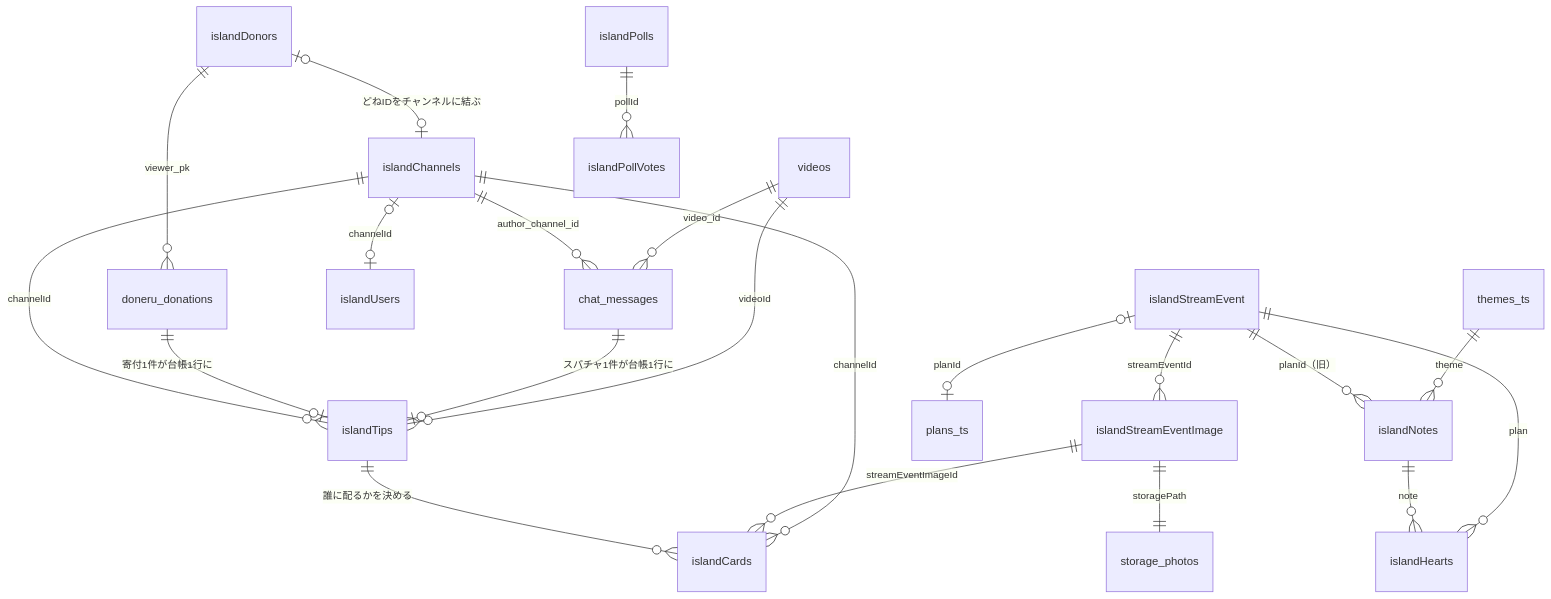
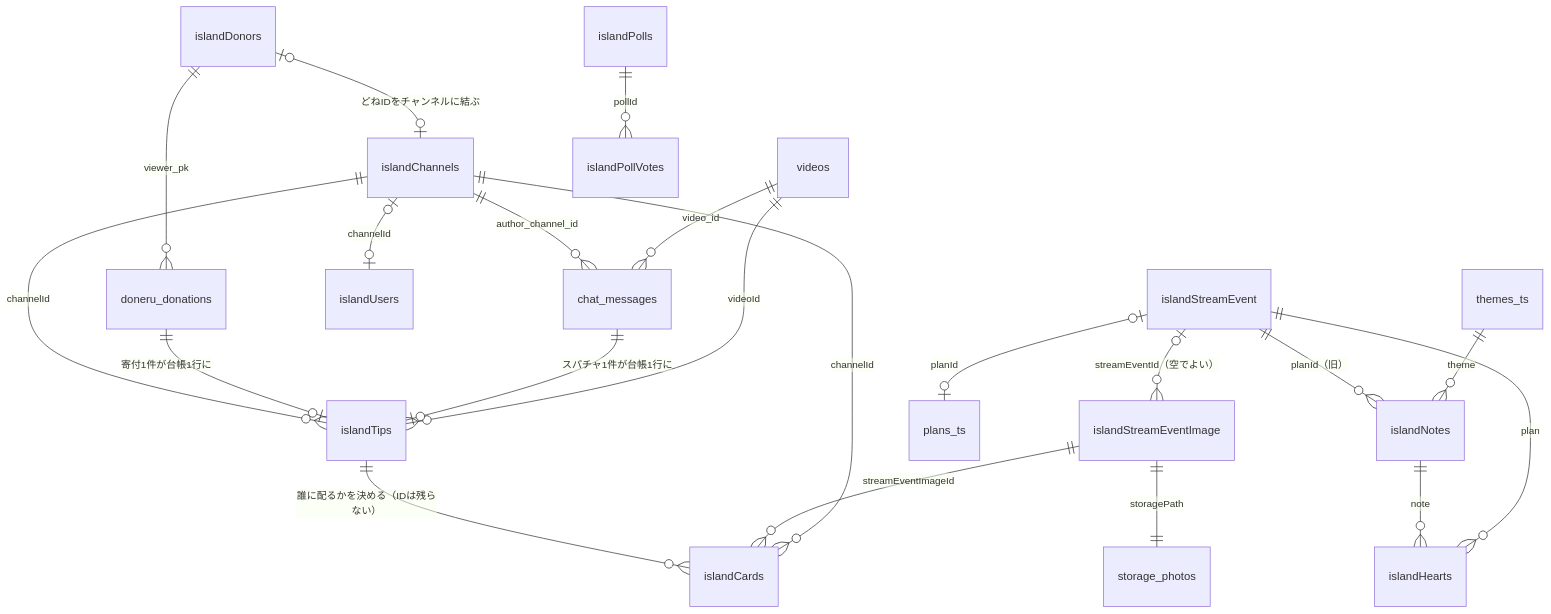
One commit to Ayato-kosaka/live-streaming changed the first of 3 diagrams in docs/island-db.md. Above: the diagram before and after it, drawn with Mermaid. The commit also changed other lines of this file and 4 other files, not shown here.

````diff
--- a/docs/island-db.md
+++ b/docs/island-db.md
@@ -19,27 +19,27 @@
 ```mermaid
 erDiagram
     videos                 ||--o{ chat_messages          : "video_id"
     videos                 ||--o{ islandTips             : "videoId"
     chat_messages          ||--o| islandTips             : "スパチャ1件が台帳1行に"
     doneru_donations       ||--o| islandTips             : "寄付1件が台帳1行に"
 
     islandChannels         ||--o{ chat_messages          : "author_channel_id"
     islandChannels         ||--o{ islandTips             : "channelId"
     islandChannels         ||--o{ islandCards            : "channelId"
     islandChannels         |o--o| islandUsers            : "channelId"
     islandDonors           ||--o{ doneru_donations       : "viewer_pk"
     islandDonors           |o--o| islandChannels         : "どねIDをチャンネルに結ぶ"
 
-    islandStreamEvent      ||--o{ islandStreamEventImage : "streamEventId"
+    islandStreamEvent      |o--o{ islandStreamEventImage : "streamEventId（空でよい）"
     islandStreamEvent      ||--o{ islandHearts           : "plan"
     islandStreamEvent      |o--o| plans_ts               : "planId"
     islandStreamEventImage ||--o{ islandCards            : "streamEventImageId"
-    islandTips             ||--o{ islandCards            : "誰に配るかを決める"
+    islandTips             ||--o{ islandCards            : "誰に配るかを決める（IDは残らない）"
     islandStreamEventImage ||--|| storage_photos         : "storagePath"
 
     themes_ts              ||--o{ islandNotes            : "theme"
     islandStreamEvent      ||--o{ islandNotes            : "planId（旧）"
     islandNotes            ||--o{ islandHearts           : "note"
 
     islandPolls            ||--o{ islandPollVotes        : "pollId"
 ```
````
